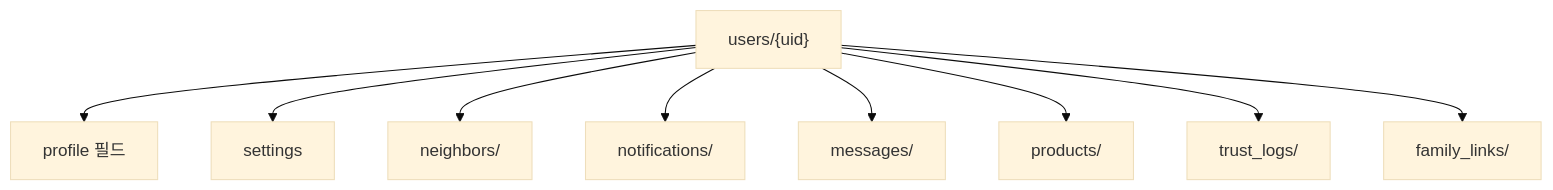
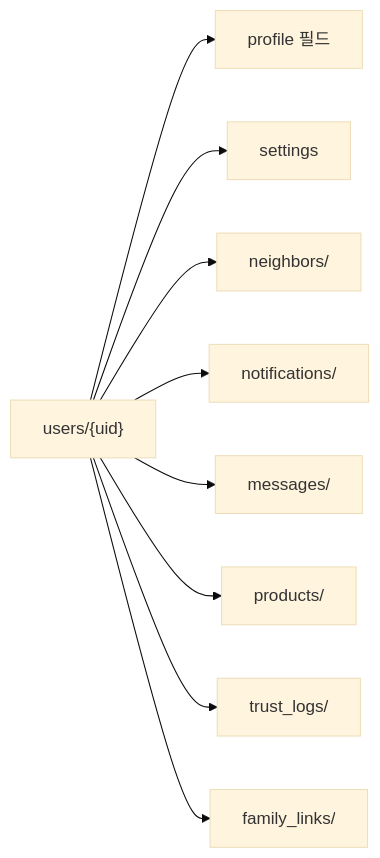
One commit to jbak2588/bling changed the second of 2 diagrams in docs/index/03  User 필드 & TrustLever & 프로필정책.md. Above: the diagram before and after it, drawn with Mermaid (base theme). The commit also changed other lines of this file and 8 other files, not shown here.

````diff
--- a/docs/index/03  User 필드 & TrustLever & 프로필정책.md
+++ b/docs/index/03  User 필드 & TrustLever & 프로필정책.md
@@ -319,12 +446,12 @@
 ```mermaid
-flowchart TD
+flowchart LR
  A["users/{uid}"]
   A --> B["profile 필드"]
   A --> C["settings"]
   A --> D["neighbors/"]
   A --> E["notifications/"]
   A --> F["messages/"]
   A --> G["products/"]
   A --> H["trust_logs/"]
   A --> I["family_links/"]
 ```
````
